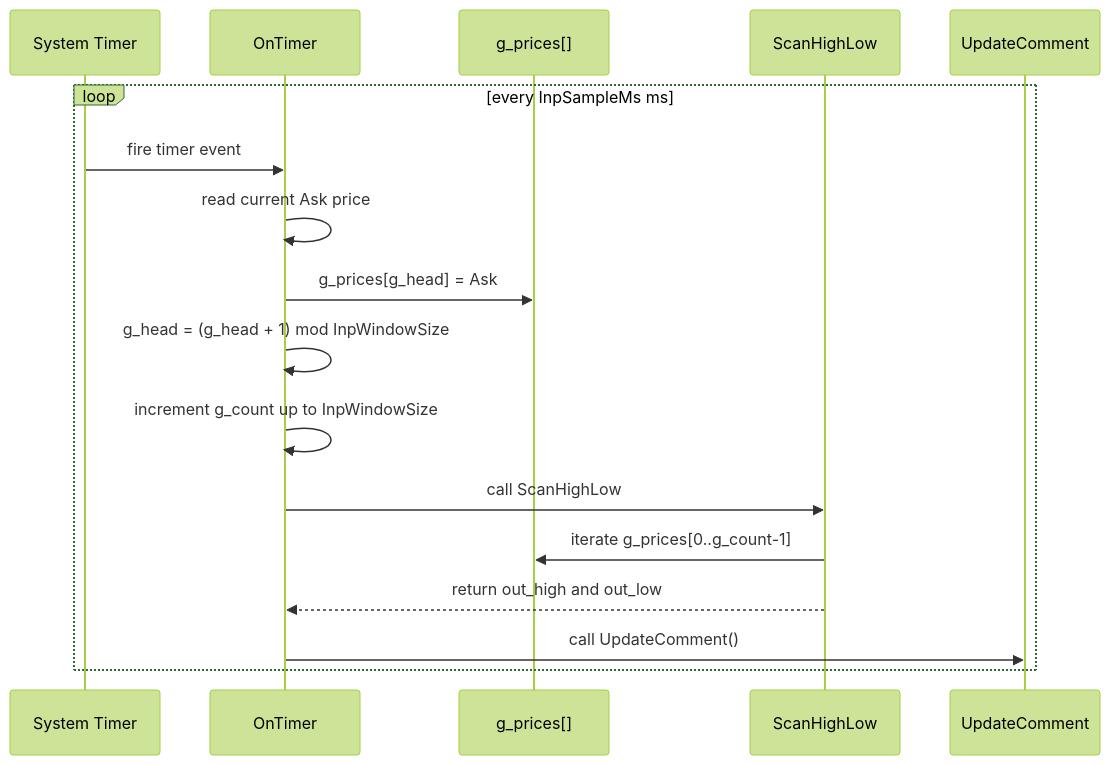
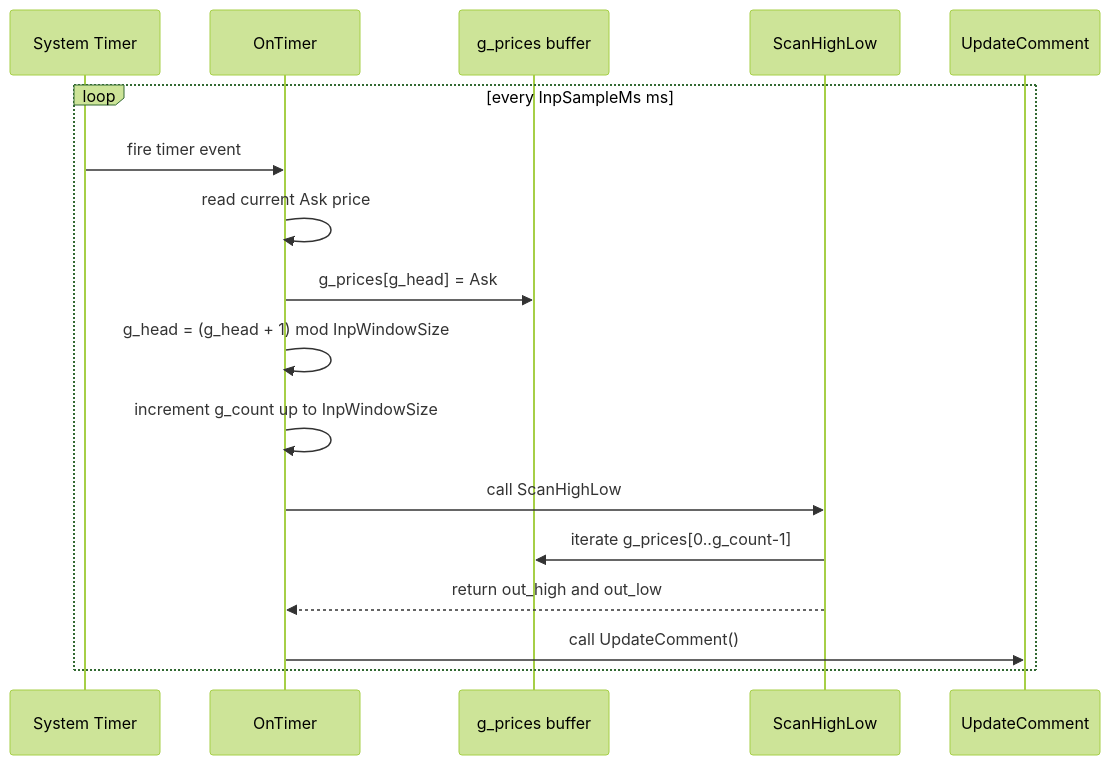
One commit to nhasibuan/oneminuteman changed the first of 2 diagrams in README.md. Above: the diagram before and after it, drawn with Mermaid (forest theme). The commit also changed other lines of this file, not shown here.

Commit message:
docs(README): restrict Mermaid to UML diagrams, convert dataflows to ASCII, rename PPMEfficiency->oneminuteman, fix Price Data Acquisition parse error

````diff
--- a/README.md
+++ b/README.md
@@ -174,20 +185,20 @@
 ```mermaid
 sequenceDiagram
     participant Timer as System Timer
     participant OnTimer
-    participant Buffer as g_prices[]
+    participant Buffer as g_prices buffer
     participant Scan as ScanHighLow
     participant Comment as UpdateComment
     
     loop every InpSampleMs ms
         Timer->>OnTimer: fire timer event
         OnTimer->>OnTimer: read current Ask price
         OnTimer->>Buffer: g_prices[g_head] = Ask
         OnTimer->>OnTimer: g_head = (g_head + 1) mod InpWindowSize
         OnTimer->>OnTimer: increment g_count up to InpWindowSize
         OnTimer->>Scan: call ScanHighLow
         Scan->>Buffer: iterate g_prices[0..g_count-1]
         Scan-->>OnTimer: return out_high and out_low
         OnTimer->>Comment: call UpdateComment()
     end
 ```
````
